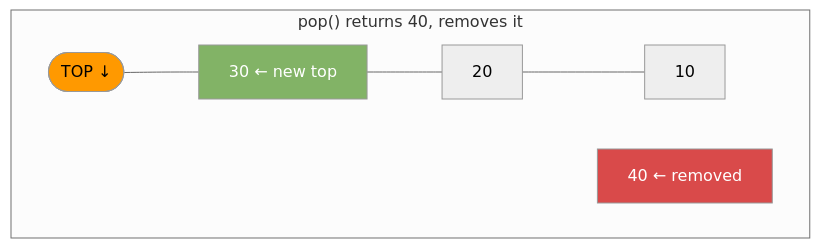
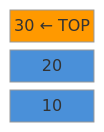
Before and after one commit to valarpirai/software-enginneering: the third of 3 diagrams in docs/03-stack.md, drawn with Mermaid (neutral theme). The commit also changed other lines of this file, not shown here.

````diff
--- a/docs/03-stack.md
+++ b/docs/03-stack.md
@@ -52,14 +64,10 @@
 ```mermaid
-graph TB
-    subgraph "pop() returns 40, removes it"
-    T(["TOP ↓"])
-    N4["40  ← removed"]
-    N3["30  ← new top"]
-    N2["20"]
-    N1["10"]
-    T --- N3 --- N2 --- N1
-    end
-    style T fill:#ff9900,color:#000
-    style N4 fill:#d94a4a,color:#fff
-    style N3 fill:#82b366,color:#fff
+block-beta
+  columns 1
+  A["30  ← TOP"]:1
+  B["20"]:1
+  C["10"]:1
+  style A fill:#ff9900,color:#000
+  style B fill:#4a90d9,color:#fff
+  style C fill:#4a90d9,color:#fff
 ```
````
